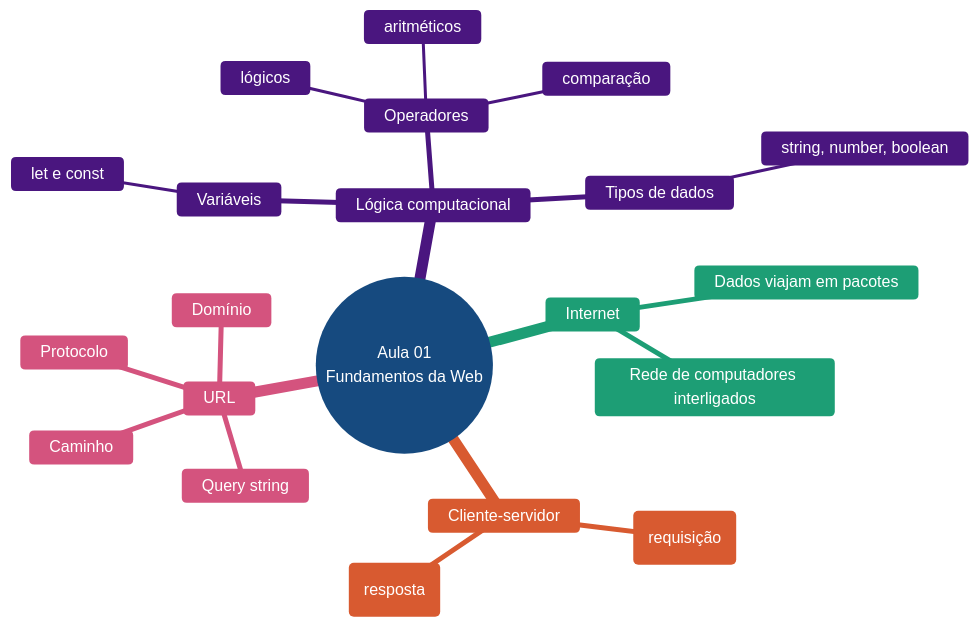
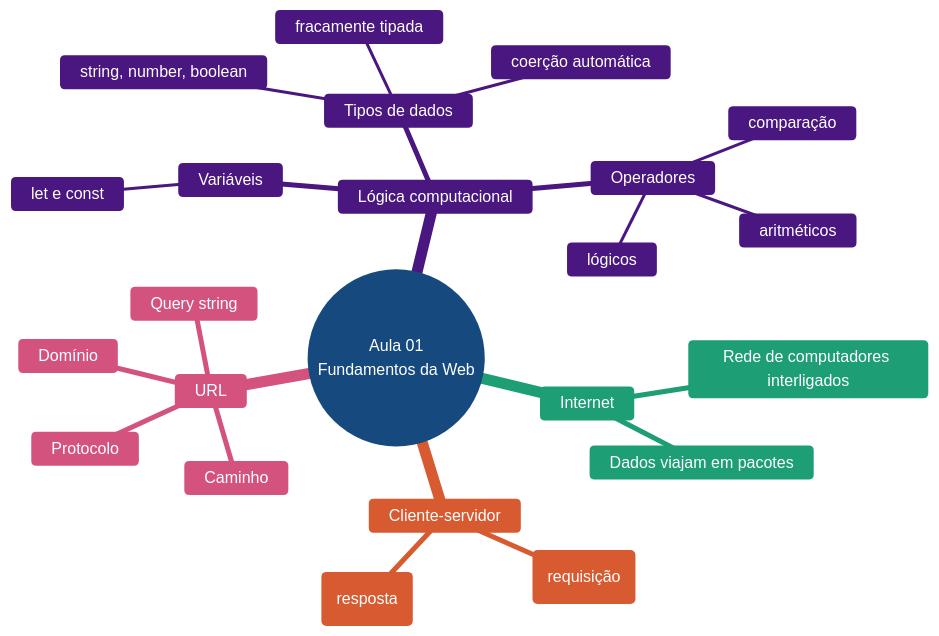
One commit to gustavocolombelli/uniguacu-web-dev changed the third of 3 diagrams in aula-01/aula-01.md. Above: the diagram before and after it, drawn with Mermaid. The commit also changed other lines of this file and 1 other file, not shown here.

````diff
--- a/aula-01/aula-01.md
+++ b/aula-01/aula-01.md
@@ -216,38 +228,40 @@
 ```mermaid
 %%{init: {'theme':'base', 'themeVariables': {
   'primaryColor': '#378ADD',
   'primaryTextColor': '#FFFFFF',
   'primaryBorderColor': '#185FA5',
   'secondaryColor': '#D85A30',
   'secondaryTextColor': '#FFFFFF',
   'tertiaryTextColor': '#2C2C2A',
   'lineColor': '#5F5E5A',
   'textColor': '#2C2C2A',
   'cScale0': '#7F77DD', 'cScaleLabel0': '#FFFFFF',
   'cScale1': '#1D9E75', 'cScaleLabel1': '#FFFFFF',
   'cScale2': '#D85A30', 'cScaleLabel2': '#FFFFFF',
   'cScale3': '#D4537E', 'cScaleLabel3': '#FFFFFF'
 }}}%%
 mindmap
   root((Aula 01<br/>Fundamentos da Web))
     Internet
       Rede de computadores interligados
       Dados viajam em pacotes
     Cliente-servidor
       Navegador pede (requisição)
       Servidor responde (resposta)
     URL
       Protocolo
       Domínio
       Caminho
       Query string
     Lógica computacional
       Variáveis
         let e const
       Tipos de dados
         string, number, boolean
+        fracamente tipada
+        coerção automática
       Operadores
         aritméticos
         comparação
         lógicos
 ```
````
